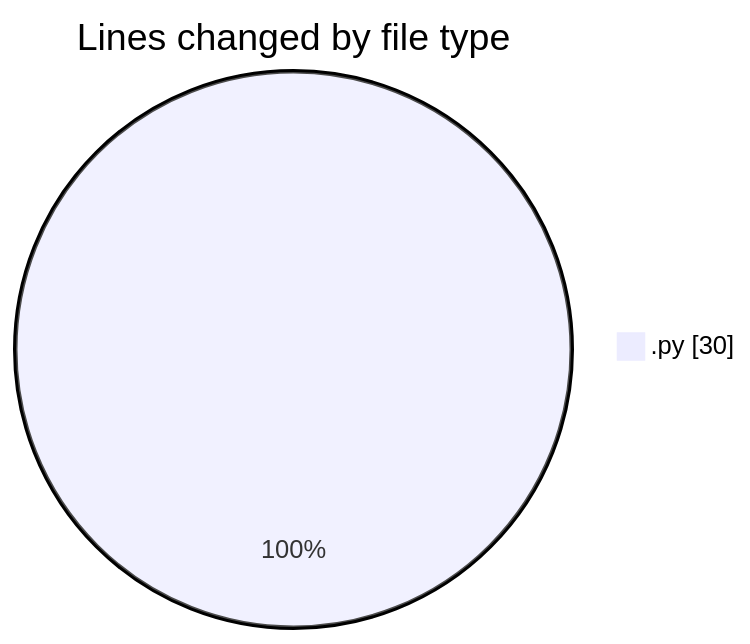
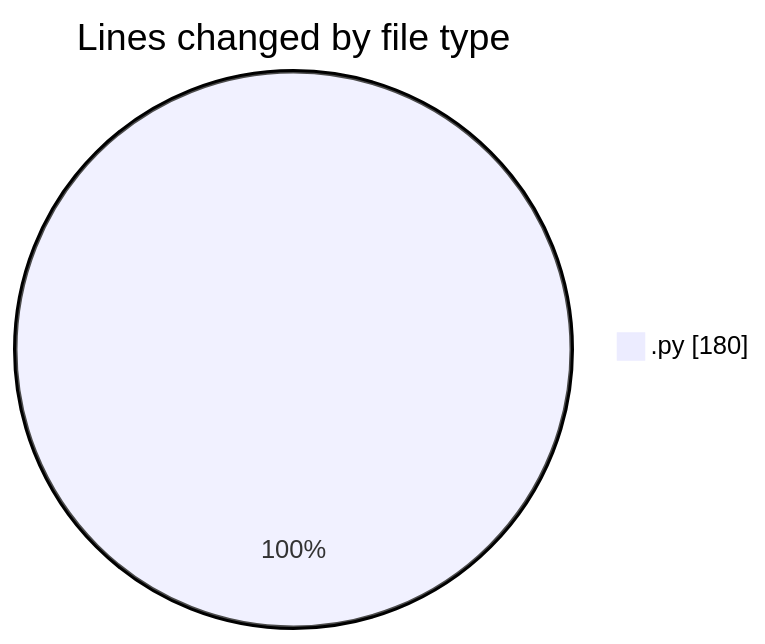
Before and after one commit to MatusMokan/code-tracking: the first of 2 diagrams in 2025-05-15/myws__workspace_/README.md, drawn with Mermaid. The commit also changed other lines of this file and 1 other file, not shown here.

````diff
--- a/2025-05-15/myws__workspace_/README.md
+++ b/2025-05-15/myws__workspace_/README.md
@@ -20,5 +21,5 @@
 ```mermaid
 pie showData
 title Lines changed by file type
-".py" : 30
+".py" : 180
 ```
````
